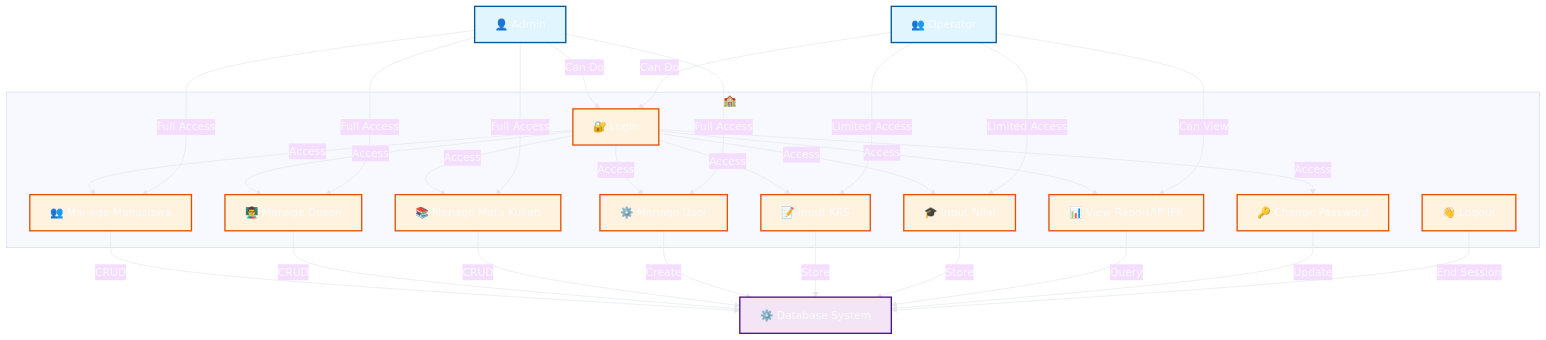
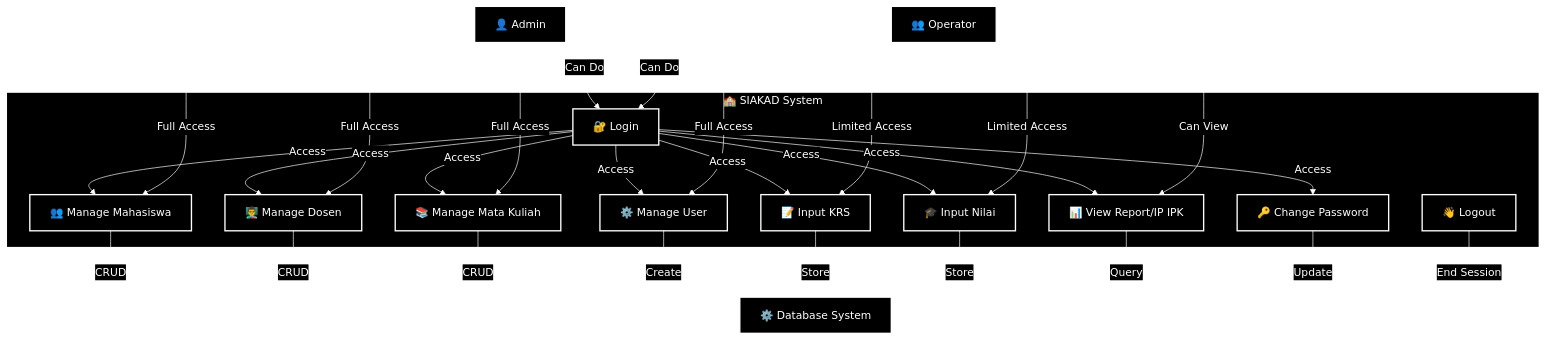
The first of 3 diagrams in README.md (areksaxyz/UTS-PBO2), drawn with Mermaid before and after one commit. The commit also changed other lines of this file, not shown here.

Commit message:
Set README diagrams to black and white theme

````diff
--- a/README.md
+++ b/README.md
@@ -101,58 +101,55 @@
 ```mermaid
-%%{init: {'theme': 'base', 'themeVariables': { 'background': '#000000', 'lineColor': '#E5E7EB', 'primaryTextColor': '#F9FAFB', 'secondaryTextColor': '#F9FAFB', 'tertiaryTextColor': '#F9FAFB' }}}%%
+%%{init: {'theme': 'base', 'themeVariables': { 'background': '#000000', 'lineColor': '#FFFFFF', 'textColor': '#FFFFFF', 'primaryColor': '#000000', 'primaryTextColor': '#FFFFFF', 'primaryBorderColor': '#FFFFFF', 'secondaryColor': '#000000', 'secondaryTextColor': '#FFFFFF', 'secondaryBorderColor': '#FFFFFF', 'tertiaryColor': '#000000', 'tertiaryTextColor': '#FFFFFF', 'tertiaryBorderColor': '#FFFFFF', 'clusterBkg': '#000000', 'clusterBorder': '#FFFFFF', 'edgeLabelBackground': '#000000' }}}%%
 graph TB
     subgraph SIAKAD["🏫 SIAKAD System"]
         Login["🔐 Login"]
         MgMahasiswa["👥 Manage Mahasiswa"]
         MgDosen["👨‍🏫 Manage Dosen"]
         MgMataKuliah["📚 Manage Mata Kuliah"]
         MgUser["⚙️ Manage User"]
         InputKRS["📝 Input KRS"]
         InputNilai["🎓 Input Nilai"]
         ViewReport["📊 View Report/IP IPK"]
         ChangePassword["🔑 Change Password"]
         Logout["👋 Logout"]
     end
     
     Admin["👤 Admin"]
     Operator["👥 Operator"]
     System["⚙️ Database System"]
     
     Admin -->|Can Do| Login
     Operator -->|Can Do| Login
     Login -->|Access| MgMahasiswa
     Login -->|Access| MgDosen
     Login -->|Access| MgMataKuliah
     Login -->|Access| MgUser
     Login -->|Access| InputKRS
     Login -->|Access| InputNilai
     Login -->|Access| ViewReport
     Login -->|Access| ChangePassword
     
     Admin -->|Full Access| MgMahasiswa
     Admin -->|Full Access| MgDosen
     Admin -->|Full Access| MgMataKuliah
     Admin -->|Full Access| MgUser
     
     Operator -->|Limited Access| InputKRS
     Operator -->|Limited Access| InputNilai
     Operator -->|Can View| ViewReport
     
     MgMahasiswa -->|CRUD| System
     MgDosen -->|CRUD| System
     MgMataKuliah -->|CRUD| System
     MgUser -->|Create| System
     InputKRS -->|Store| System
     InputNilai -->|Store| System
     ViewReport -->|Query| System
     ChangePassword -->|Update| System
     Logout -->|End Session| System
     
-    classDef actor fill:#e1f5ff,stroke:#01579b,stroke-width:2px
-    classDef usecase fill:#fff3e0,stroke:#e65100,stroke-width:2px
-    classDef system fill:#f3e5f5,stroke:#4a148c,stroke-width:2px
+    style SIAKAD fill:#000000,stroke:#FFFFFF,stroke-width:2px,color:#FFFFFF
+    classDef bw fill:#000000,stroke:#FFFFFF,stroke-width:2px,color:#FFFFFF
     
-    class Admin,Operator actor
-    class Login,MgMahasiswa,MgDosen,MgMataKuliah,MgUser,InputKRS,InputNilai,ViewReport,ChangePassword,Logout usecase
-    class System system
+    class Admin,Operator,System,Login,MgMahasiswa,MgDosen,MgMataKuliah,MgUser,InputKRS,InputNilai,ViewReport,ChangePassword,Logout bw
 ```
````
